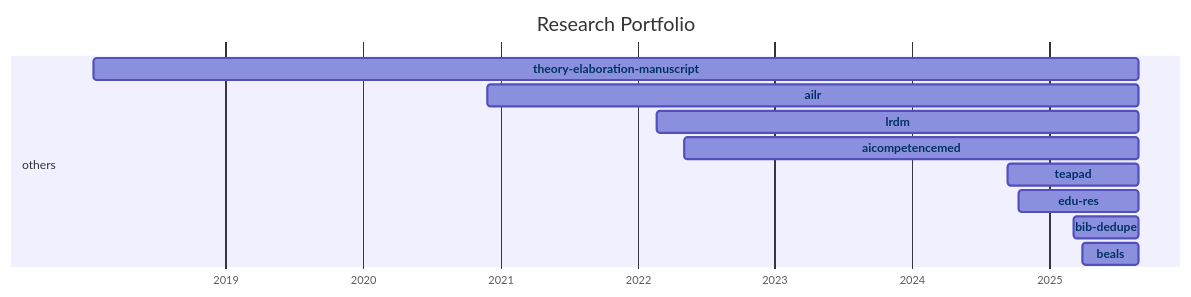
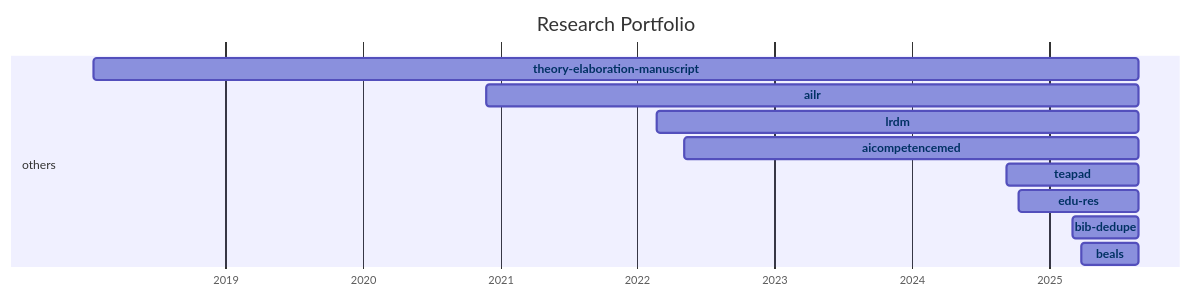
One commit to digital-work-lab/handbook changed the diagram in docs/20-research/25-projects-gantt.md. Above: the diagram before and after it, drawn with Mermaid.

Commit message:
Update repository overview

````diff
--- a/docs/20-research/25-projects-gantt.md
+++ b/docs/20-research/25-projects-gantt.md
@@ -8,35 +8,35 @@
 ```mermaid
 ---
 displayMode: compact
 ---
 gantt
 title Research Portfolio
 dateFormat YYYY-MM-DD
 axisFormat %Y
 
     section work_practices
 
     section distributed_organizing
 
     section knowledge_synthesis
 
     section others
-        beals :beals, 2025-03-28, 2025-08-25
-        bib-dedupe :bib-dedupe, 2025-03-04, 2025-08-25
-        edu-res :edu-res, 2024-10-10, 2025-08-25
-        teapad :teapad, 2024-09-10, 2025-08-25
-        aicompetencemed :aicompetencemed, 2022-05-06, 2025-08-25
-        lrdm :lrdm, 2022-02-20, 2025-08-25
-        ailr :ailr, 2020-11-26, 2025-08-25
-        theory-elaboration-manuscript :theory-elaboration-manuscript, 2018-01-15, 2025-08-25
+        beals :beals, 2025-03-28, 2025-08-26
+        bib-dedupe :bib-dedupe, 2025-03-04, 2025-08-26
+        edu-res :edu-res, 2024-10-10, 2025-08-26
+        teapad :teapad, 2024-09-10, 2025-08-26
+        aicompetencemed :aicompetencemed, 2022-05-06, 2025-08-26
+        lrdm :lrdm, 2022-02-20, 2025-08-26
+        ailr :ailr, 2020-11-26, 2025-08-26
+        theory-elaboration-manuscript :theory-elaboration-manuscript, 2018-01-15, 2025-08-26
 
 
     click beals href "{{ site.baseurl }}/docs/10-lab/18-resources/beals.html"
     click bib-dedupe href "{{ site.baseurl }}/docs/10-lab/18-resources/bib-dedupe.html"
     click edu-res href "{{ site.baseurl }}/docs/10-lab/18-resources/edu-res.html"
     click teapad href "{{ site.baseurl }}/docs/10-lab/18-resources/teapad.html"
     click aicompetencemed href "{{ site.baseurl }}/docs/10-lab/18-resources/aicompetencemed.html"
     click lrdm href "{{ site.baseurl }}/docs/10-lab/18-resources/lrdm.html"
     click ailr href "{{ site.baseurl }}/docs/10-lab/18-resources/ailr.html"
     click theory-elaboration-manuscript href "{{ site.baseurl }}/docs/10-lab/18-resources/theory-elaboration-manuscript.html"
 ```
````
